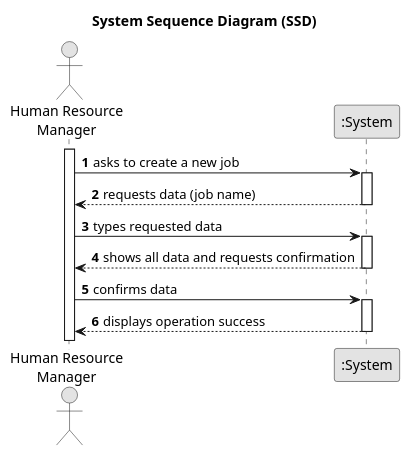
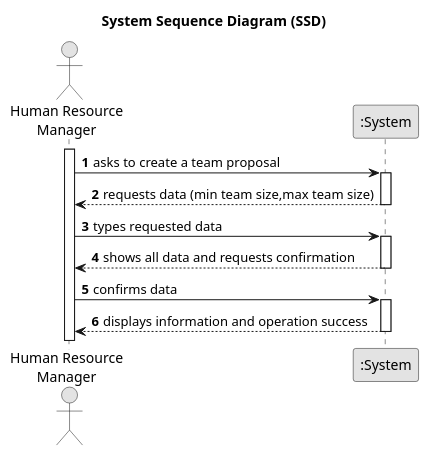
Before and after one commit to yusufyilmaz00/Integral-Project-ISEP: the diagram in docs/sprintA/us005/01.requirements-engineering/puml/us002-system-sequence-diagram.puml, drawn with PlantUML.

```diff
--- a/docs/sprintA/us005/01.requirements-engineering/puml/us002-system-sequence-diagram.puml
+++ b/docs/sprintA/us005/01.requirements-engineering/puml/us002-system-sequence-diagram.puml
@@ -1,33 +1,33 @@
 @startuml
 skinparam monochrome true
 skinparam packageStyle rectangle
 skinparam shadowing false
 
 title System Sequence Diagram (SSD)
 
 autonumber
 
 actor "Human Resource\nManager" as Manager
 participant ":System" as System
 
 activate Manager
 
-    Manager -> System : asks to create a new job
+    Manager -> System : asks to create a team proposal
     activate System
 
-        System --> Manager : requests data (job name)
+        System --> Manager : requests data (min team size,max team size)
     deactivate System
 
     Manager -> System : types requested data
     activate System
 
     System --> Manager : shows all data and requests confirmation
     deactivate System
 
     Manager -> System : confirms data
     activate System
 
-        System --> Manager : displays operation success
+        System --> Manager : displays information and operation success
     deactivate System
 
 @enduml
```
